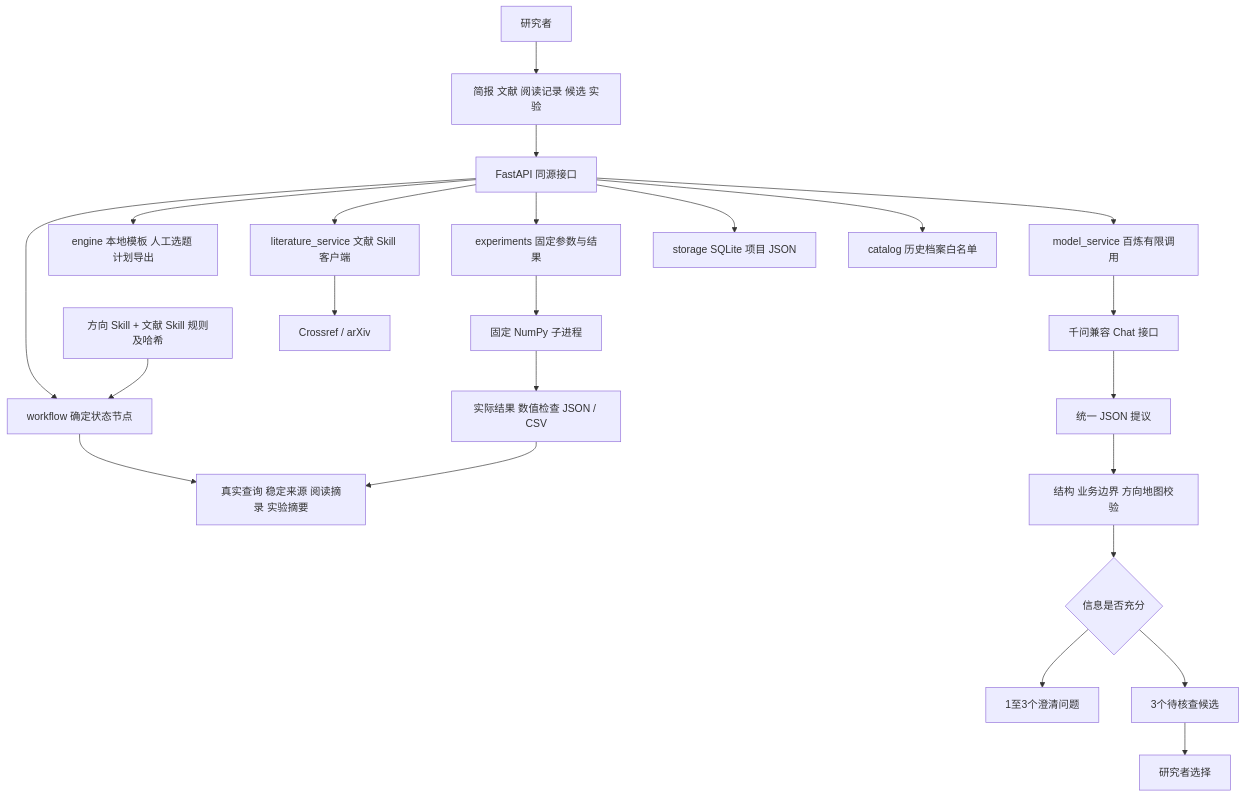
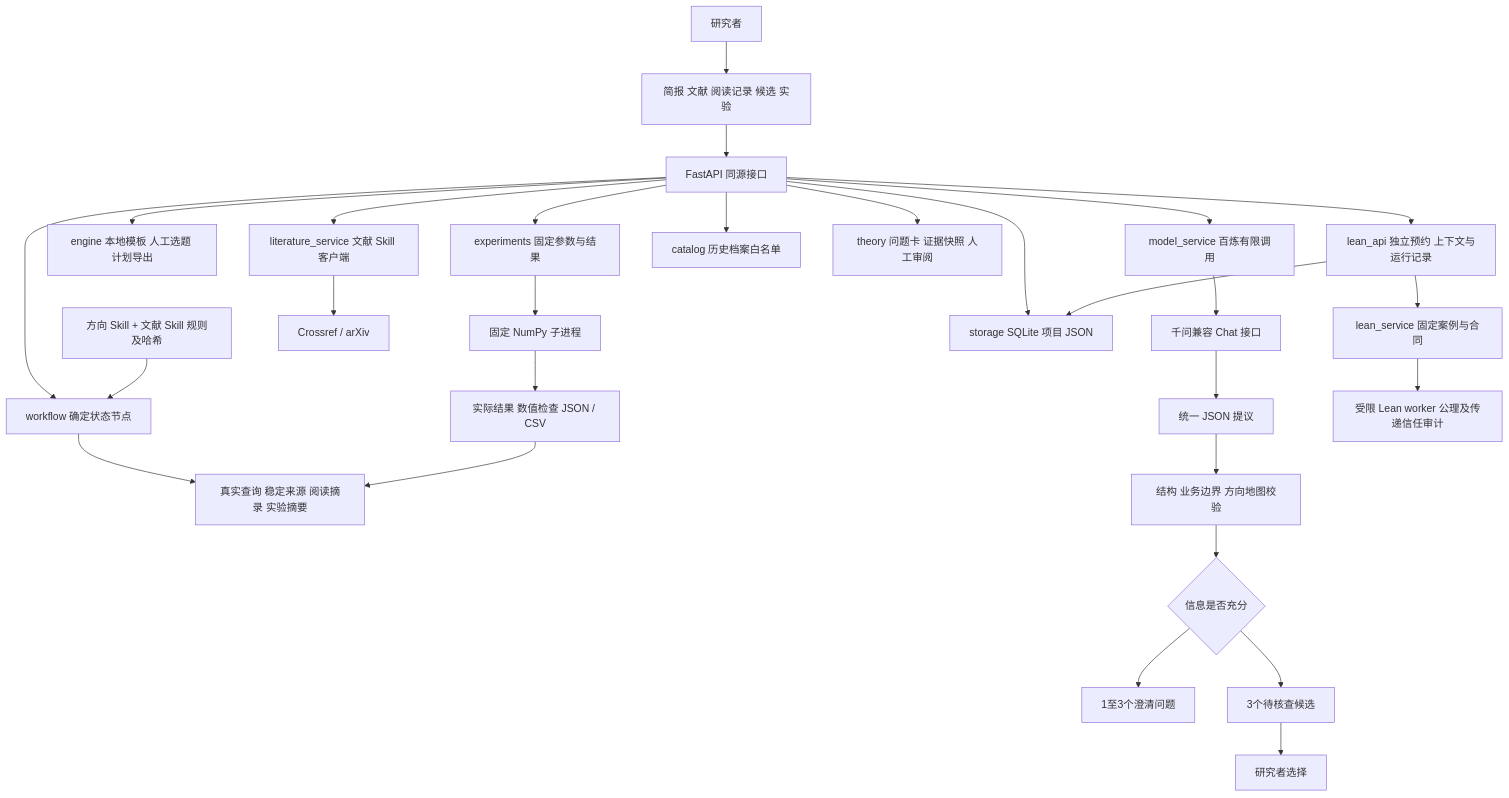
Before and after one commit to mingxuanyan07-lgtm/yanzheng-research-workbench: the diagram in docs/研证技术架构.md, drawn with Mermaid. The commit also changed other lines of this file and 102 other files, not shown here.

First line of the commit message:
sync: publish current Yanzheng workbench, theory/evidence modules and Lean fixed-case project

````diff
--- a/docs/研证技术架构.md
+++ b/docs/研证技术架构.md
@@ -11,25 +15,30 @@
 ```mermaid
 flowchart TB
     User[研究者] --> Web[简报 文献 阅读记录 候选 实验]
     Web --> API[FastAPI 同源接口]
     API --> Workflow[workflow 确定状态节点]
     Skills[方向 Skill + 文献 Skill 规则及哈希] --> Workflow
     Workflow --> Context[真实查询 稳定来源 阅读摘录 实验摘要]
     API --> Model[model_service 百炼有限调用]
     Model --> Qwen[千问兼容 Chat 接口]
     Qwen --> Proposal[统一 JSON 提议]
     Proposal --> Validate[结构 业务边界 方向地图校验]
     Validate --> Stage{信息是否充分}
     Stage --> Clarify[1至3个澄清问题]
     Stage --> Candidates[3个待核查候选]
     Candidates --> Human[研究者选择]
     API --> Engine[engine 本地模板 人工选题 计划导出]
     API --> Lit[literature_service 文献 Skill 客户端]
     Lit --> Public[Crossref / arXiv]
     API --> Experiment[experiments 固定参数与结果]
     Experiment --> Worker[固定 NumPy 子进程]
     Worker --> Result[实际结果 数值检查 JSON / CSV]
     API --> Store[storage SQLite 项目 JSON]
     API --> Catalog[catalog 历史档案白名单]
+    API --> Theory[theory 问题卡 证据快照 人工审阅]
+    API --> LeanAPI[lean_api 独立预约 上下文与运行记录]
+    LeanAPI --> Store
+    LeanAPI --> LeanService[lean_service 固定案例与合同]
+    LeanService --> LeanWorker[受限 Lean worker 公理及传递信任审计]
     Result --> Context
 ```
````
